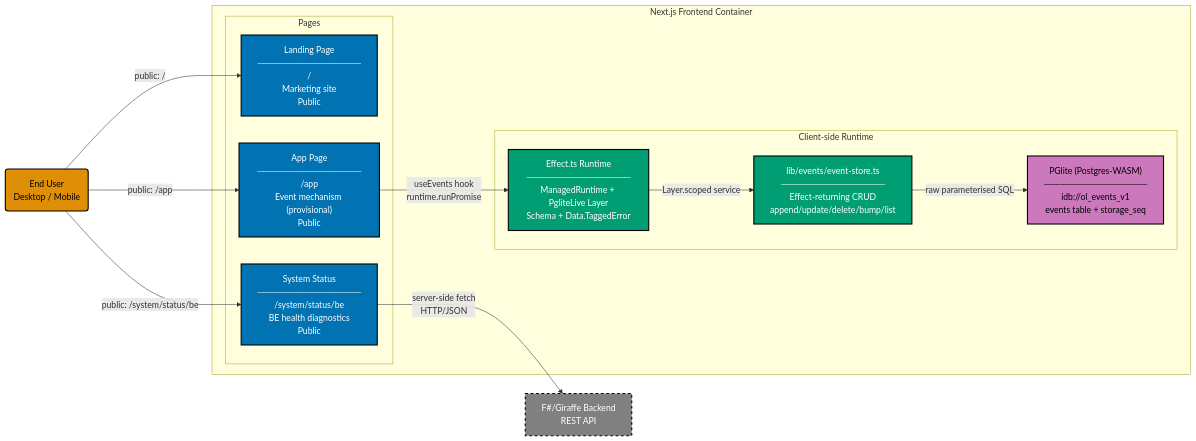
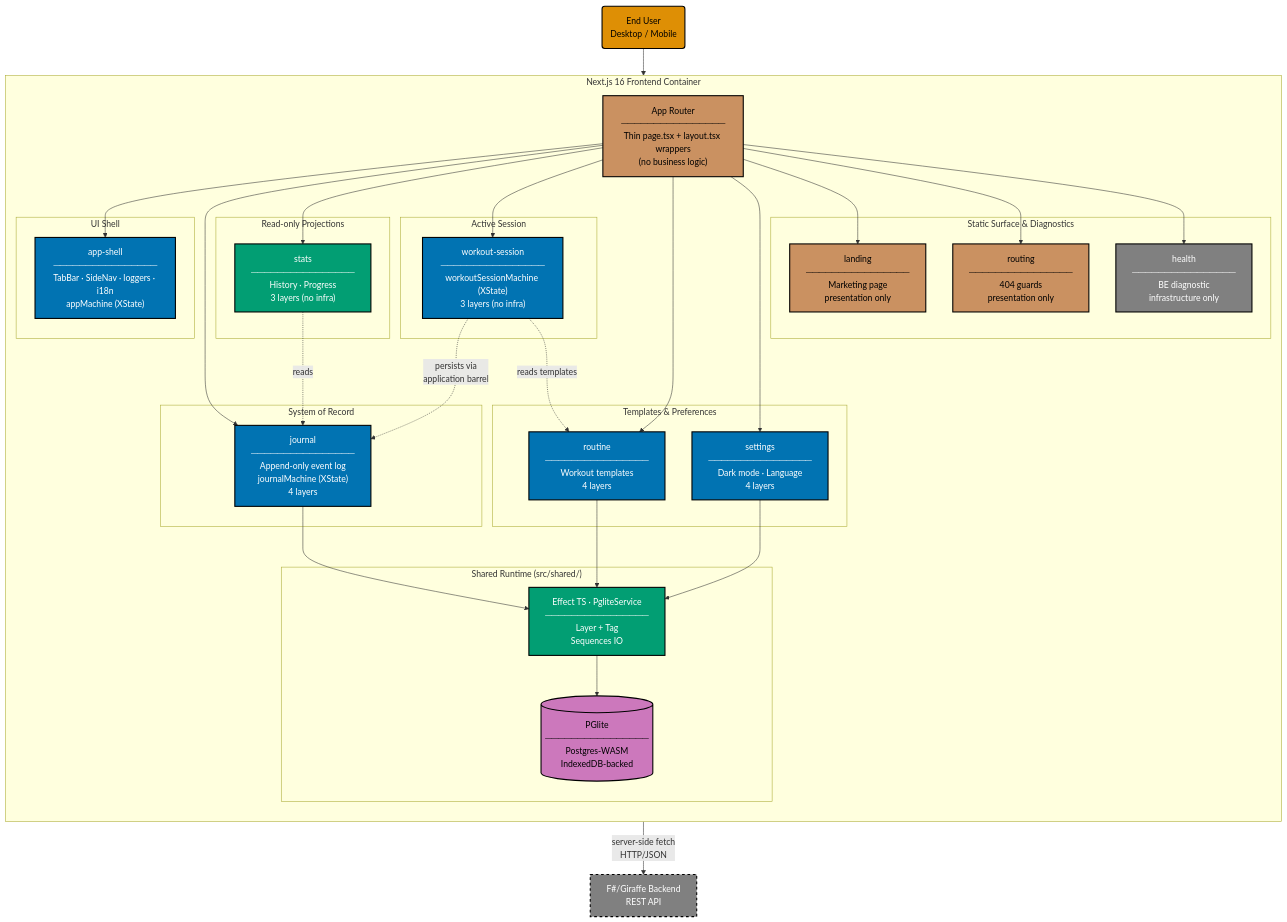
Before and after one commit to wahidyankf/open-sharia-enterprise: the diagram in specs/apps/organiclever/c4/component-fe.md, drawn with Mermaid. The commit also changed other lines of this file and 3 other files, not shown here.

First line of the commit message:
docs(specs): update c4 diagrams to reflect DDD bounded-context architecture

````diff
--- a/specs/apps/organiclever/c4/component-fe.md
+++ b/specs/apps/organiclever/c4/component-fe.md
@@ -16,38 +26,78 @@
 ```mermaid
 %% Color Palette: Blue #0173B2 | Orange #DE8F05 | Teal #029E73 | Purple #CC78BC | Brown #CA9161 | Gray #808080
-graph LR
+graph TD
     EU("End User<br/>Desktop / Mobile"):::actor
 
-    subgraph FE["Next.js Frontend Container"]
+    subgraph FE["Next.js 16 Frontend Container"]
+        direction TB
 
-        subgraph LAYER1["Pages"]
-            LANDING["Landing Page<br/>────────────────<br/>/<br/>Marketing site<br/>Public"]:::page
-            STATUS["System Status<br/>────────────────<br/>/system/status/be<br/>BE health diagnostics<br/>Public"]:::page
-            APP["App Page<br/>────────────────<br/>/app<br/>Event mechanism (provisional)<br/>Public"]:::page
+        ROUTER["App Router<br/>────────────────<br/>Thin page.tsx + layout.tsx wrappers<br/>(no business logic)"]:::router
+
+        subgraph SHELL["UI Shell"]
+            APPSHELL["app-shell<br/>────────────────<br/>TabBar · SideNav · loggers · i18n<br/>appMachine (XState)"]:::context
         end
 
-        subgraph LAYER2["Client-side Runtime"]
-            EFFECT["Effect.ts Runtime<br/>────────────────<br/>ManagedRuntime + PgliteLive Layer<br/>Schema + Data.TaggedError"]:::runtime
-            STORE["lib/events/event-store.ts<br/>────────────────<br/>Effect-returning CRUD<br/>append/update/delete/bump/list"]:::runtime
-            PGLITE["PGlite (Postgres-WASM)<br/>────────────────<br/>idb://ol_events_v1<br/>events table + storage_seq"]:::storage
+        subgraph SOR["System of Record"]
+            JOURNAL["journal<br/>────────────────<br/>Append-only event log<br/>journalMachine (XState)<br/>4 layers"]:::context_data
         end
 
+        subgraph DERIVED["Read-only Projections"]
+            STATS["stats<br/>────────────────<br/>History · Progress<br/>3 layers (no infra)"]:::context_ro
+        end
+
+        subgraph SESSION["Active Session"]
+            WORKOUT["workout-session<br/>────────────────<br/>workoutSessionMachine (XState)<br/>3 layers (no infra)"]:::context
+        end
+
+        subgraph TEMPLATES["Templates &amp; Preferences"]
+            ROUTINE["routine<br/>────────────────<br/>Workout templates<br/>4 layers"]:::context_data
+            SETTINGS["settings<br/>────────────────<br/>Dark mode · Language<br/>4 layers"]:::context_data
+        end
+
+        subgraph SURFACE["Static Surface &amp; Diagnostics"]
+            LANDING["landing<br/>────────────────<br/>Marketing page<br/>presentation only"]:::context_ui
+            ROUTING["routing<br/>────────────────<br/>404 guards<br/>presentation only"]:::context_ui
+            HEALTH["health<br/>────────────────<br/>BE diagnostic<br/>infrastructure only"]:::context_infra
+        end
+
+        subgraph SHARED["Shared Runtime (src/shared/)"]
+            PGLITE[("PGlite<br/>────────────────<br/>Postgres-WASM<br/>IndexedDB-backed")]:::storage
+            EFFECT["Effect TS · PgliteService<br/>────────────────<br/>Layer + Tag<br/>Sequences IO"]:::runtime
+        end
     end
 
     BE["F#/Giraffe Backend<br/>REST API"]:::external
 
-    EU -->|"public: /"| LANDING
-    EU -->|"public: /system/status/be"| STATUS
-    EU -->|"public: /app"| APP
+    EU --> ROUTER
+    ROUTER --> APPSHELL
+    ROUTER --> JOURNAL
+    ROUTER --> STATS
+    ROUTER --> WORKOUT
+    ROUTER --> ROUTINE
+    ROUTER --> SETTINGS
+    ROUTER --> LANDING
+    ROUTER --> ROUTING
+    ROUTER --> HEALTH
 
-    STATUS -->|"server-side fetch<br/>HTTP/JSON"| BE
-    APP -->|"useEvents hook<br/>runtime.runPromise"| EFFECT
-    EFFECT -->|"Layer.scoped service"| STORE
-    STORE -->|"raw parameterised SQL"| PGLITE
+    JOURNAL --> EFFECT
+    ROUTINE --> EFFECT
+    SETTINGS --> EFFECT
+    EFFECT --> PGLITE
+
+    STATS -.->|"reads"| JOURNAL
+    WORKOUT -.->|"persists via<br/>application barrel"| JOURNAL
+    WORKOUT -.->|"reads templates"| ROUTINE
+
+    HEALTH -->|"server-side fetch<br/>HTTP/JSON"| BE
 
     classDef actor fill:#DE8F05,stroke:#000000,color:#000000,stroke-width:2px
-    classDef page fill:#0173B2,stroke:#000000,color:#FFFFFF,stroke-width:2px
+    classDef router fill:#CA9161,stroke:#000000,color:#000000,stroke-width:2px
+    classDef context fill:#0173B2,stroke:#000000,color:#FFFFFF,stroke-width:2px
+    classDef context_data fill:#0173B2,stroke:#000000,color:#FFFFFF,stroke-width:2px
+    classDef context_ro fill:#029E73,stroke:#000000,color:#FFFFFF,stroke-width:2px
+    classDef context_ui fill:#CA9161,stroke:#000000,color:#000000,stroke-width:2px
+    classDef context_infra fill:#808080,stroke:#000000,color:#FFFFFF,stroke-width:2px
     classDef runtime fill:#029E73,stroke:#000000,color:#FFFFFF,stroke-width:2px
     classDef storage fill:#CC78BC,stroke:#000000,color:#000000,stroke-width:2px
     classDef external fill:#808080,stroke:#000000,color:#FFFFFF,stroke-width:2px,stroke-dasharray:5 5
 ```
````
